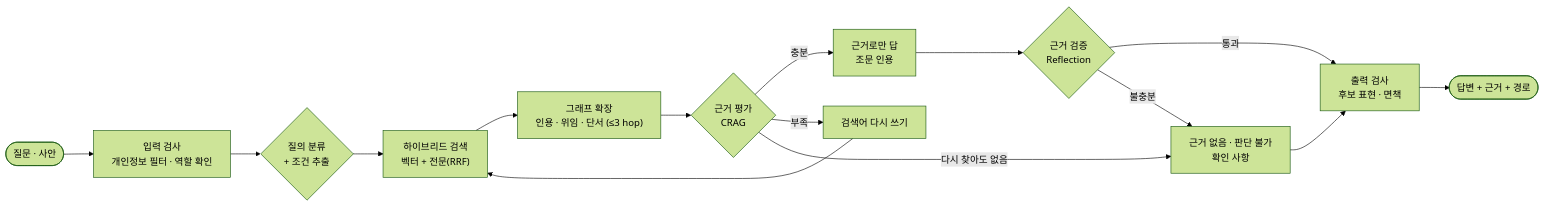
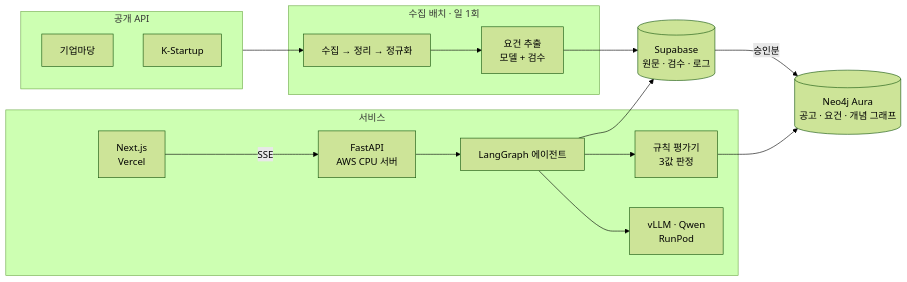
Before and after one commit to encore-ai-campus/mle-01-final-team2: the second of 2 diagrams in README.md, drawn with Mermaid (forest theme). The commit also changed other lines of this file, not shown here.

````diff
--- a/README.md
+++ b/README.md
@@ -150,17 +135,21 @@
 ```mermaid
 flowchart LR
-  Q(["질문 · 사안"]) --> IN["입력 검사<br/>개인정보 필터 · 역할 확인"]
-  IN --> CL{"질의 분류<br/>+ 조건 추출"}
-  CL --> RT["하이브리드 검색<br/>벡터 + 전문(RRF)"]
-  RT --> GX["그래프 확장<br/>인용 · 위임 · 단서 (≤3 hop)"]
-  GX --> GR{"근거 평가<br/>CRAG"}
-  GR -->|"충분"| AN["근거로만 답<br/>조문 인용"]
-  GR -->|"부족"| RW["검색어 다시 쓰기"]
-  RW --> RT
-  GR -->|"다시 찾아도 없음"| UD["근거 없음 · 판단 불가<br/>확인 사항"]
-  AN --> VF{"근거 검증<br/>Reflection"}
-  VF -->|"통과"| OUT["출력 검사<br/>후보 표현 · 면책"]
-  VF -->|"불충분"| UD
-  UD --> OUT
-  OUT --> R(["답변 + 근거 + 경로"])
+  subgraph SRC["공개 API"]
+    BZ["기업마당"]
+    KS["K-Startup"]
+  end
+  subgraph BATCH["수집 배치 · 일 1회"]
+    I["수집 → 정리 → 정규화"] --> X["요건 추출<br/>모델 + 검수"]
+  end
+  SRC --> I
+  X --> SB[("Supabase<br/>원문 · 검수 · 로그")]
+  SB -->|승인분| NJ[("Neo4j Aura<br/>공고 · 요건 · 개념 그래프")]
+  subgraph SERVE["서비스"]
+    W["Next.js<br/>Vercel"] -->|SSE| A["FastAPI<br/>AWS CPU 서버"]
+    A --> AG["LangGraph 에이전트"]
+    AG --> EV["규칙 평가기<br/>3값 판정"]
+    AG --> LM["vLLM · Qwen<br/>RunPod"]
+  end
+  EV --> NJ
+  AG --> SB
 ```
````
